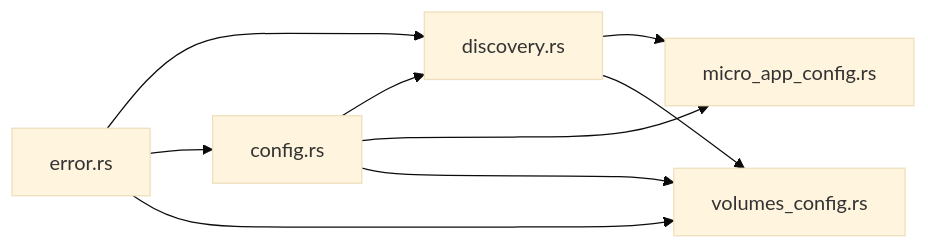
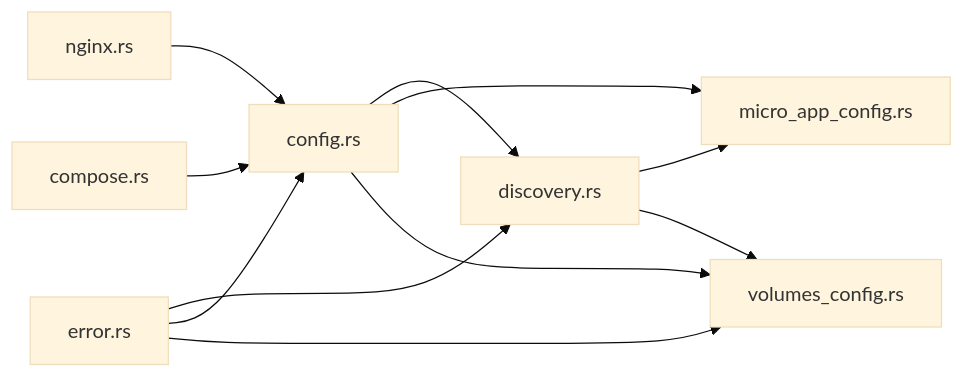
One commit to cao5zy/proxy-config changed the third of 3 diagrams in .qoder/repowiki/zh/content/配置指南/微应用配置.md. Above: the diagram before and after it, drawn with Mermaid (base theme). The commit also changed other lines of this file and 5 other files, not shown here.

````diff
--- a/.qoder/repowiki/zh/content/配置指南/微应用配置.md
+++ b/.qoder/repowiki/zh/content/配置指南/微应用配置.md
@@ -261,11 +295,13 @@
 ```mermaid
 graph LR
 DISC["discovery.rs"] --> MAC["micro_app_config.rs"]
 DISC --> VOL["volumes_config.rs"]
 CFG["config.rs"] --> DISC
 CFG --> MAC
 CFG --> VOL
+NGINX["nginx.rs"] --> CFG
+COMPOSE["compose.rs"] --> CFG
 ERR["error.rs"] --> DISC
 ERR --> CFG
 ERR --> VOL
 ```
````
